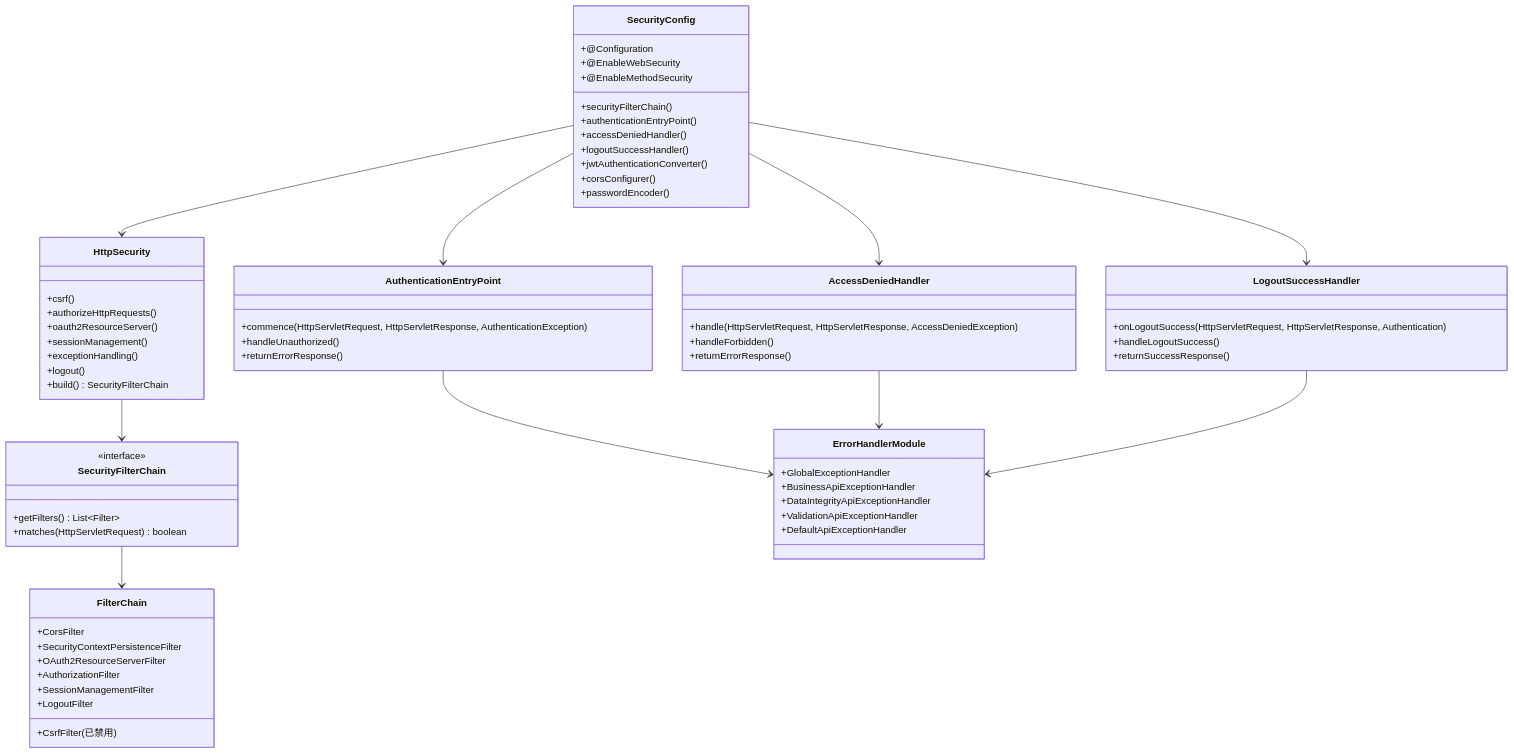
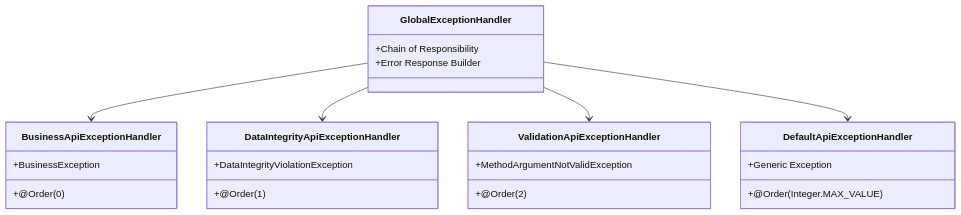
Before and after one commit to Vinskao/ty-multiverse-backend: the seventh of 10 diagrams in README.md, drawn with Mermaid. The commit also changed other lines of this file and 6 other files, not shown here.

````diff
--- a/README.md
+++ b/README.md
@@ -591,77 +226,32 @@
 ```mermaid
 classDiagram
-    class SecurityFilterChain {
-        <<interface>>
-        +getFilters() List~Filter~
-        +matches(HttpServletRequest) boolean
+    class GlobalExceptionHandler {
+        +Chain of Responsibility
+        +Error Response Builder
     }
     
-    class HttpSecurity {
-        +csrf()
-        +authorizeHttpRequests()
-        +oauth2ResourceServer()
-        +sessionManagement()
-        +exceptionHandling()
-        +logout()
-        +build() SecurityFilterChain
+    class BusinessApiExceptionHandler {
+        +@Order(0)
+        +BusinessException
     }
     
-    class SecurityConfig {
-        +@Configuration
-        +@EnableWebSecurity
-        +@EnableMethodSecurity
-        +securityFilterChain()
-        +authenticationEntryPoint()
-        +accessDeniedHandler()
-        +logoutSuccessHandler()
-        +jwtAuthenticationConverter()
-        +corsConfigurer()
-        +passwordEncoder()
+    class DataIntegrityApiExceptionHandler {
+        +@Order(1)
+        +DataIntegrityViolationException
     }
     
-    class FilterChain {
-        +CsrfFilter (已禁用)
-        +CorsFilter
-        +SecurityContextPersistenceFilter
-        +OAuth2ResourceServerFilter
-        +AuthorizationFilter
-        +SessionManagementFilter
-        +LogoutFilter
+    class ValidationApiExceptionHandler {
+        +@Order(2)
+        +MethodArgumentNotValidException
     }
     
-    class AuthenticationEntryPoint {
-        +commence(HttpServletRequest, HttpServletResponse, AuthenticationException)
-        +handleUnauthorized()
-        +returnErrorResponse()
+    class DefaultApiExceptionHandler {
+        +@Order(Integer.MAX_VALUE)
+        +Generic Exception
     }
     
-    class AccessDeniedHandler {
-        +handle(HttpServletRequest, HttpServletResponse, AccessDeniedException)
-        +handleForbidden()
-        +returnErrorResponse()
-    }
-    
-    class LogoutSuccessHandler {
-        +onLogoutSuccess(HttpServletRequest, HttpServletResponse, Authentication)
-        +handleLogoutSuccess()
-        +returnSuccessResponse()
-    }
-    
-    class ErrorHandlerModule {
-        +GlobalExceptionHandler
-        +BusinessApiExceptionHandler
-        +DataIntegrityApiExceptionHandler
-        +ValidationApiExceptionHandler
-        +DefaultApiExceptionHandler
-    }
-    
-    SecurityConfig --> HttpSecurity
-    HttpSecurity --> SecurityFilterChain
-    SecurityFilterChain --> FilterChain
-    SecurityConfig --> AuthenticationEntryPoint
-    SecurityConfig --> AccessDeniedHandler
-    SecurityConfig --> LogoutSuccessHandler
-    AuthenticationEntryPoint --> ErrorHandlerModule
-    AccessDeniedHandler --> ErrorHandlerModule
-    LogoutSuccessHandler --> ErrorHandlerModule
+    GlobalExceptionHandler --> BusinessApiExceptionHandler
+    GlobalExceptionHandler --> DataIntegrityApiExceptionHandler
+    GlobalExceptionHandler --> ValidationApiExceptionHandler
+    GlobalExceptionHandler --> DefaultApiExceptionHandler
 ```
````
